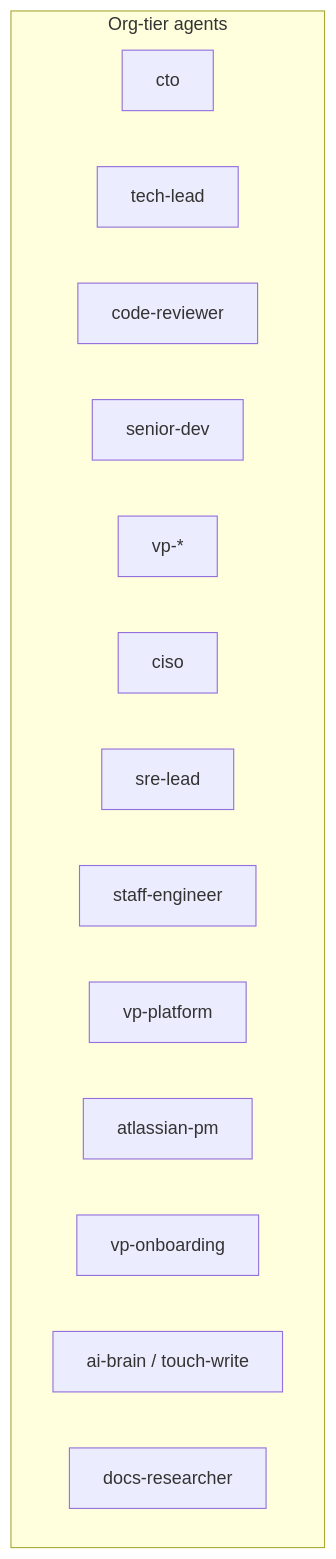
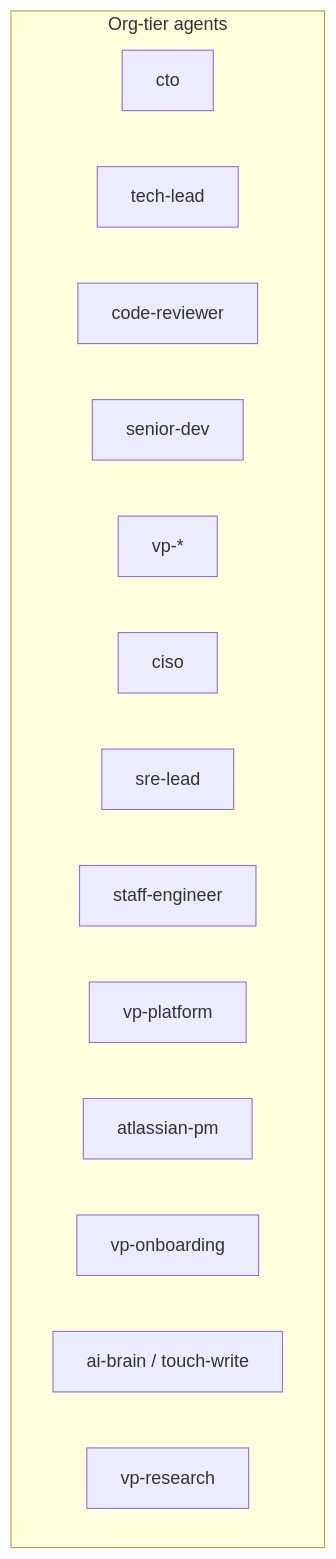
One commit to akshay-na/dotfiles changed the diagram in cursor/.cursor/agents/tech-lead.md. Above: the diagram before and after it, drawn with Mermaid. The commit also changed 18 other files, not shown here.

````diff
--- a/cursor/.cursor/agents/tech-lead.md
+++ b/cursor/.cursor/agents/tech-lead.md
@@ -14,18 +14,18 @@
 ```mermaid
 graph TD
   subgraph OrgTier["Org-tier agents"]
     CTO[cto]
     TL[tech-lead]
     CR[code-reviewer]
     SD[senior-dev]
     VP[vp-*]
     CISO[ciso]
     SRE[sre-lead]
     STAFF[staff-engineer]
     VPLAT[vp-platform]
     ATLAS[atlassian-pm]
     VPO[vp-onboarding]
     AB[ai-brain / touch-write]
-    DOCS[docs-researcher]
+    DOCS[vp-research]
   end
 ```
````
